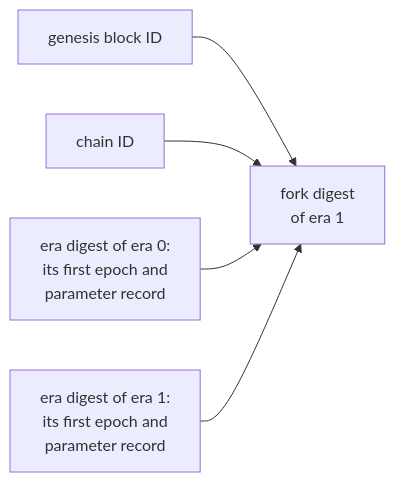
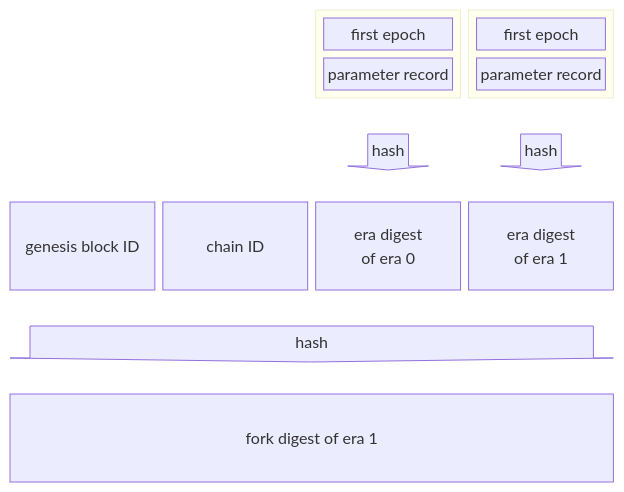
The fifth of 8 diagrams in docs/blockchain/raw/bedrock-eras.md (logos-co/logos-lips), drawn with Mermaid before and after one commit. The commit also changed other lines of this file, not shown here.

Commit message:
docs(blockchain): pick a diagram type per era diagram by what it shows

````diff
--- a/docs/blockchain/raw/bedrock-eras.md
+++ b/docs/blockchain/raw/bedrock-eras.md
@@ -150,12 +159,19 @@
 ```mermaid
----
-config:
-  flowchart:
-    wrappingWidth: 260
----
-flowchart LR
-    g["genesis block ID"] --> f["fork digest<br/>of era 1"]
-    c["chain ID"] --> f
-    d0["era digest of era 0:<br/>its first epoch and<br/>parameter record"] --> f
-    d1["era digest of era 1:<br/>its first epoch and<br/>parameter record"] --> f
+block-beta
+    columns 4
+    space:2
+    block:e0
+        columns 1
+        f0["first epoch"] p0["parameter record"]
+    end
+    block:e1
+        columns 1
+        f1["first epoch"] p1["parameter record"]
+    end
+    space:2
+    h0<["hash"]>(down)
+    h1<["hash"]>(down)
+    g["genesis block ID"] c["chain ID"] d0["era digest<br/>of era 0"] d1["era digest<br/>of era 1"]
+    h<["hash"]>(down):4
+    f["fork digest of era 1"]:4
 ```
````
